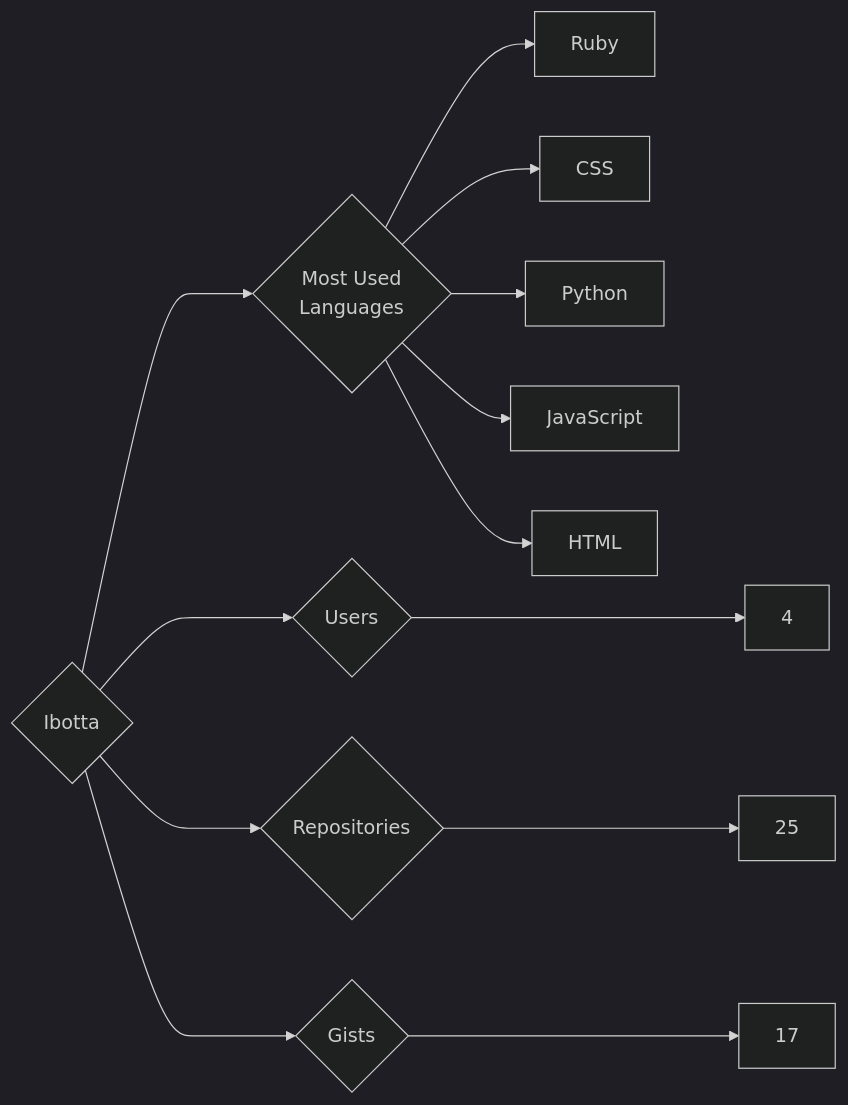
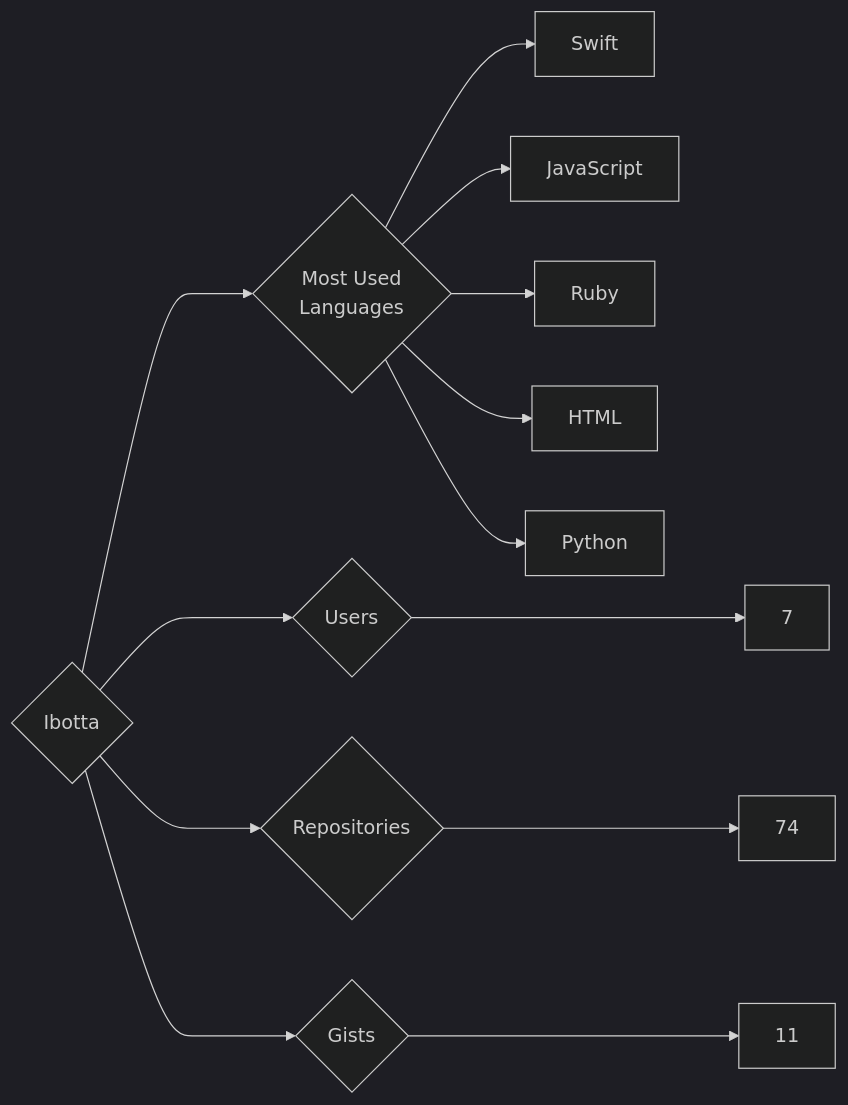
The diagram in targets/Ibotta/README.md (trickest/insiders), drawn with Mermaid (dark theme) before and after one commit. The commit also changed 1175 other files, not shown here.

````diff
--- a/targets/Ibotta/README.md
+++ b/targets/Ibotta/README.md
@@ -3,13 +3,13 @@
 ```mermaid
 graph LR
 COMPANY_NAME{Ibotta}
-COMPANY_NAME ---> U{Users} ---> UN[4]
-COMPANY_NAME ---> R{Repositories} ---> RN[25]
-COMPANY_NAME ---> G{Gists} ---> GN[17]
+COMPANY_NAME ---> U{Users} ---> UN[7]
+COMPANY_NAME ---> R{Repositories} ---> RN[74]
+COMPANY_NAME ---> G{Gists} ---> GN[11]
 COMPANY_NAME ---> ML{Most Used<br>Languages}
+ML --> Swift[Swift]
+ML --> JavaScript[JavaScript]
 ML --> Ruby[Ruby]
-ML --> CSS[CSS]
+ML --> HTML[HTML]
 ML --> Python[Python]
-ML --> JavaScript[JavaScript]
-ML --> HTML[HTML]
 ```
````
